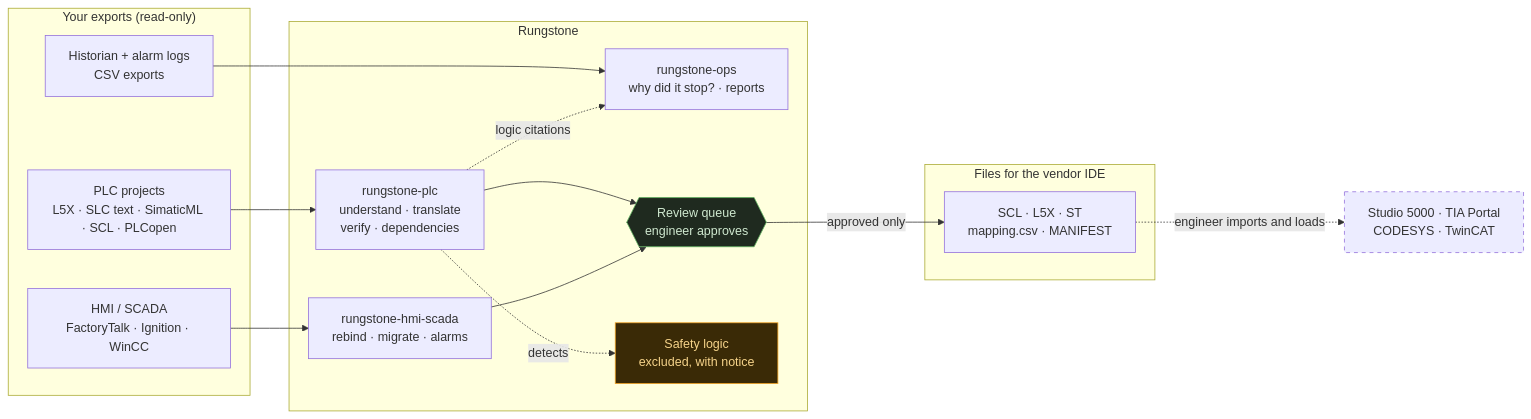
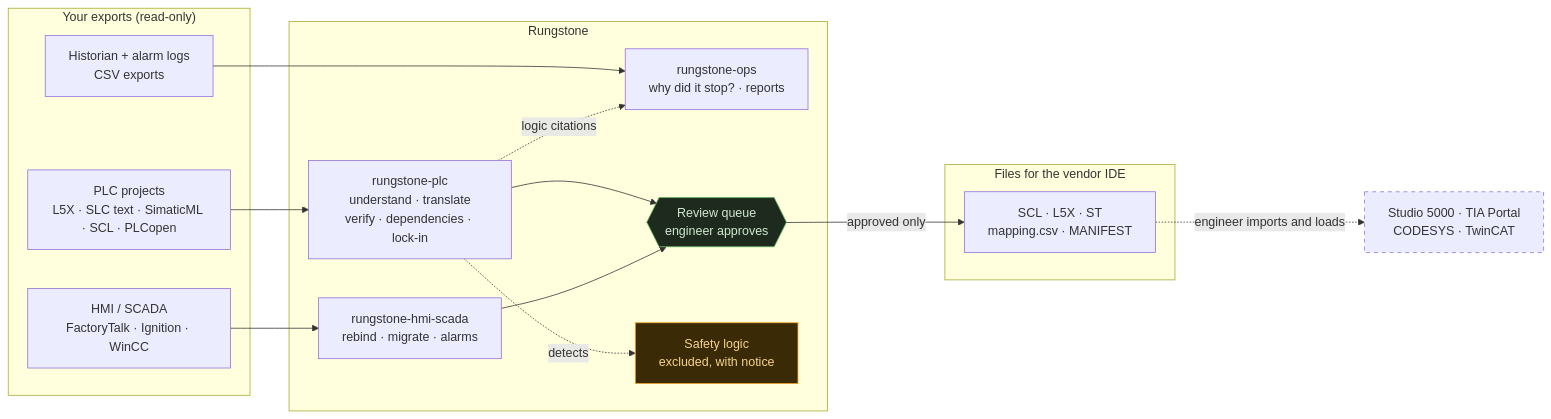
One commit to arunvenkatadri/rungstone changed the first of 2 diagrams in README.md. Above: the diagram before and after it, drawn with Mermaid. The commit also changed other lines of this file and 14 other files, not shown here.

````diff
--- a/README.md
+++ b/README.md
@@ -13,35 +13,35 @@
 ```mermaid
 flowchart LR
     subgraph IN["Your exports (read-only)"]
         PLC["PLC projects<br/>L5X · SLC text · SimaticML · SCL · PLCopen"]
         HMI["HMI / SCADA<br/>FactoryTalk · Ignition · WinCC"]
         HIST["Historian + alarm logs<br/>CSV exports"]
     end
 
     subgraph RS["Rungstone"]
-        P["rungstone-plc<br/>understand · translate<br/>verify · dependencies"]
+        P["rungstone-plc<br/>understand · translate<br/>verify · dependencies · lock-in"]
         H["rungstone-hmi-scada<br/>rebind · migrate · alarms"]
         O["rungstone-ops<br/>why did it stop? · reports"]
         Q{{"Review queue<br/>engineer approves"}}
         SAFE["Safety logic<br/>excluded, with notice"]:::warn
     end
 
     subgraph OUT["Files for the vendor IDE"]
         F["SCL · L5X · ST<br/>mapping.csv · MANIFEST"]
     end
 
     PLC --> P
     HMI --> H
     HIST --> O
     P --> Q
     H --> Q
     P -. "logic citations" .-> O
     Q -- "approved only" --> F
     F -. "engineer imports and loads" .-> IDE["Studio 5000 · TIA Portal<br/>CODESYS · TwinCAT"]
 
     P -. "detects" .-> SAFE
 
     classDef warn fill:#3a2a06,stroke:#f5a524,color:#f5d38a
     style Q fill:#1f2a1f,stroke:#5fb35f,color:#cfe8cf
     style IDE stroke-dasharray: 5 5
 ```
````
